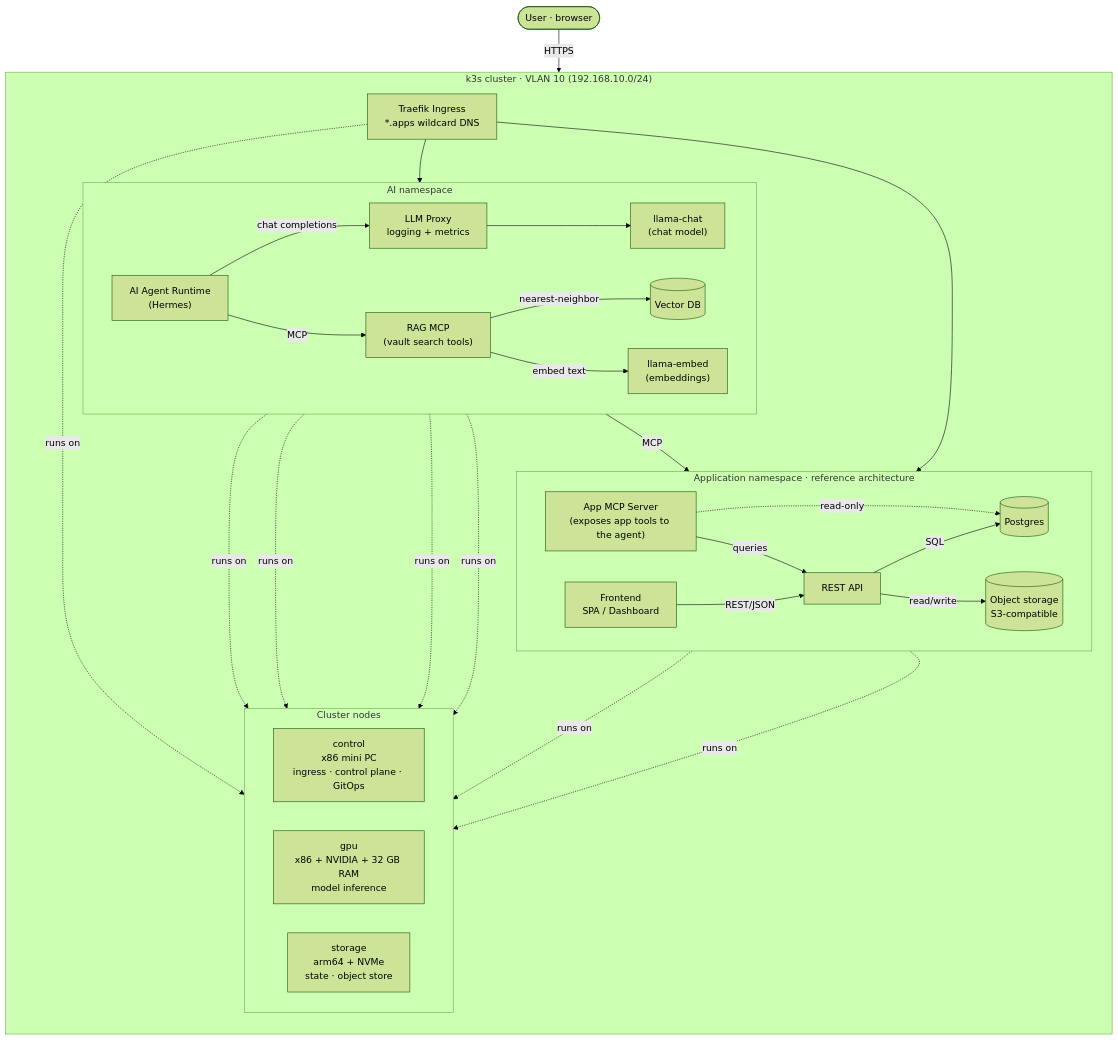
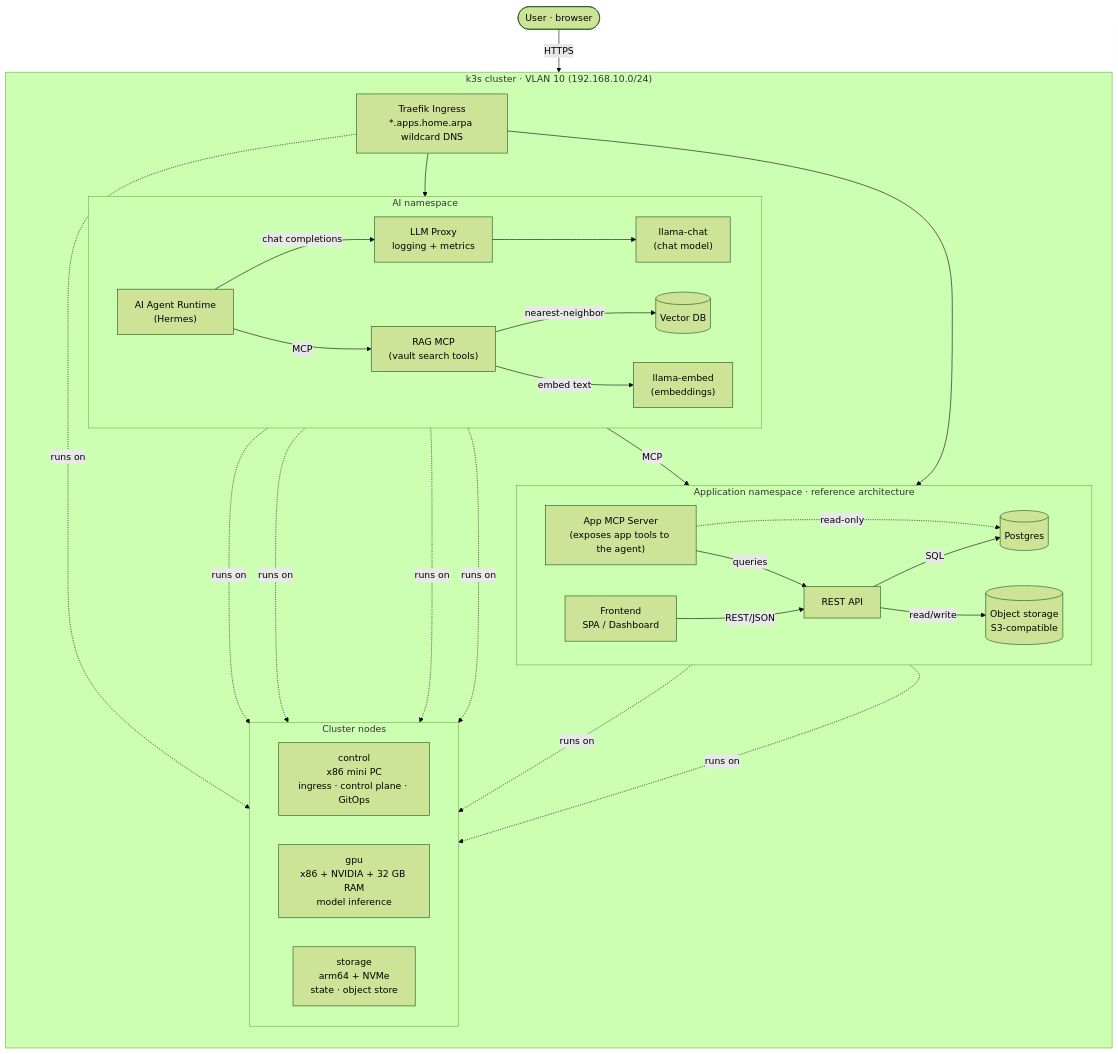
One commit to clacasse/k8s-cluster-bootstrap changed the diagram in docs/architecture.md. Above: the diagram before and after it, drawn with Mermaid (forest theme). The commit also changed 2 other files, not shown here.

Commit message:
default apps_domain → apps.home.arpa for valid wildcard TLS
The previous default of `apps` produces a *.apps wildcard cert that
modern TLS clients (curl, Node, Apple Security framework) reject.
RFC 6125 + Apple's enforcement require ≥2 labels after the wildcard
— a *.<single-label> wildcard is treated as too broad.

Switch to `apps.home.arpa`:
  - home.arpa is RFC 8375, IETF-reserved for home networks (zero
    collision risk with anything that exists or will exist on the
    public Internet).
  - The `apps.` sub-zone leaves room for sibling sub-zones later
    (*.infra.home.arpa, *.dev.home.arpa) under one trusted cert.
  - *.apps.home.arpa is a normal wildcard every TLS client honors.

Updates the default in group_vars + every hostname example in
README/architecture.md. Existing forks need to delete their
wildcard-apps-tls Secret and re-run setup-secrets to regenerate
the cert with the new SAN; the new domain also requires updating
the router's wildcard A record.

````diff
--- a/docs/architecture.md
+++ b/docs/architecture.md
@@ -7,68 +7,68 @@
 ```mermaid
 flowchart TB
     User([User · browser])
 
     subgraph cluster["k3s cluster · VLAN 10 (192.168.10.0/24)"]
         direction TB
-        Ingress["Traefik Ingress<br/>*.apps wildcard DNS"]
+        Ingress["Traefik Ingress<br/>*.apps.home.arpa wildcard DNS"]
 
         subgraph appns["Application namespace · reference architecture"]
             direction LR
             FE["Frontend<br/>SPA / Dashboard"]
             API["REST API"]
             MCP["App MCP Server<br/>(exposes app tools to the agent)"]
             DB[("Postgres")]
             S3[("Object storage<br/>S3-compatible")]
         end
 
         subgraph aians["AI namespace"]
             direction LR
             Agent["AI Agent Runtime<br/>(Hermes)"]
             Proxy["LLM Proxy<br/>logging + metrics"]
             Chat["llama-chat<br/>(chat model)"]
             Embed["llama-embed<br/>(embeddings)"]
             VMCP["RAG MCP<br/>(vault search tools)"]
             Vec[("Vector DB")]
         end
 
         subgraph infra["Cluster nodes"]
             direction LR
             Ctrl["control<br/>x86 mini PC<br/>ingress · control plane · GitOps"]
             GPU["gpu<br/>x86 + NVIDIA + 32 GB RAM<br/>model inference"]
             Store["storage<br/>arm64 + NVMe<br/>state · object store"]
         end
     end
 
     %% Human path
     User -- HTTPS --> Ingress
     Ingress --> FE
     Ingress --> Agent
 
     %% App stack
     FE -- REST/JSON --> API
     API -- SQL --> DB
     API -- read/write --> S3
 
     %% Agent -> LLM (inference)
     Agent -- chat completions --> Proxy
     Proxy --> Chat
 
     %% Agent -> App via MCP
     Agent -- MCP --> MCP
     MCP -- queries --> API
     MCP -. read-only .-> DB
 
     %% Agent -> Vault RAG via MCP (parallel example)
     Agent -- MCP --> VMCP
     VMCP -- nearest-neighbor --> Vec
     VMCP -- embed text --> Embed
 
     %% Node affinity
     Ingress -. runs on .-> Ctrl
     Agent  -. runs on .-> Ctrl
     Chat   -. runs on .-> GPU
     Embed  -. runs on .-> GPU
     DB     -. runs on .-> Store
     Vec    -. runs on .-> Store
     S3     -. runs on .-> Store
 ```
````
